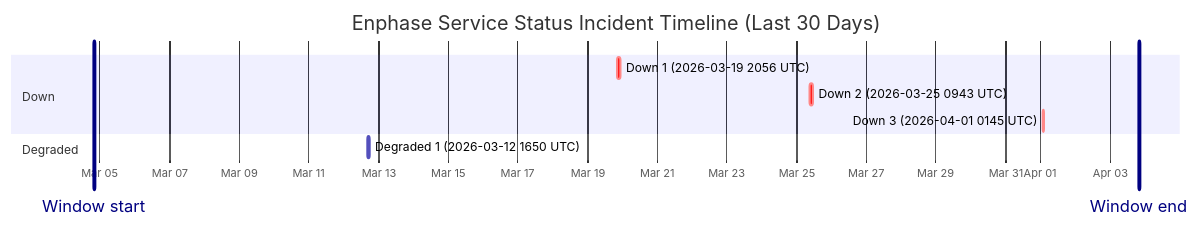
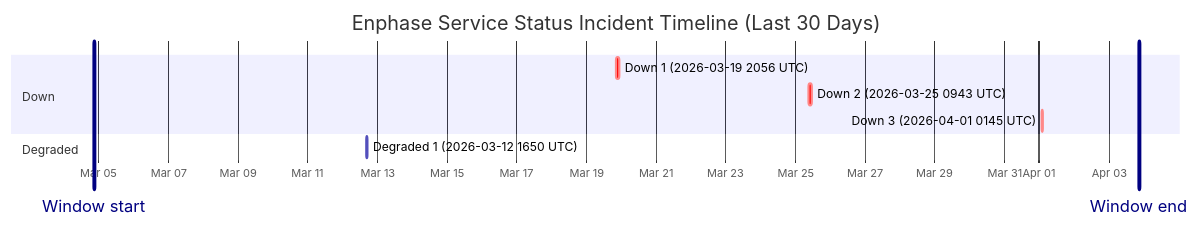
The diagram in wiki/Service-Status-History.md (barneyonline/ha-enphase-ev-charger), drawn with Mermaid before and after one commit. The commit also changed other lines of this file and 3 other files, not shown here.

````diff
--- a/wiki/Service-Status-History.md
+++ b/wiki/Service-Status-History.md
@@ -14,14 +14,14 @@
 ```mermaid
 gantt
     title Enphase Service Status Incident Timeline (Last 30 Days)
     dateFormat  YYYY-MM-DDTHH:mm:ss
     axisFormat  %b %d
-    Window start :vert, window-start, 2026-03-04T19:58:33, 0ms
-    Window end :vert, window-end, 2026-04-03T19:58:33, 0ms
+    Window start :vert, window-start, 2026-03-04T20:48:25, 0ms
+    Window end :vert, window-end, 2026-04-03T20:48:25, 0ms
     section Down
     Down 1 (2026-03-19 2056 UTC) :crit, down-1, 2026-03-19T20:56:20, 145m
     Down 2 (2026-03-25 0943 UTC) :crit, down-2, 2026-03-25T09:43:28, 111m
     Down 3 (2026-04-01 0145 UTC) :crit, down-3, 2026-04-01T01:45:09, 60m
     section Degraded
     Degraded 1 (2026-03-12 1650 UTC) :active, degraded-1, 2026-03-12T16:50:43, 60m
 ```
````
